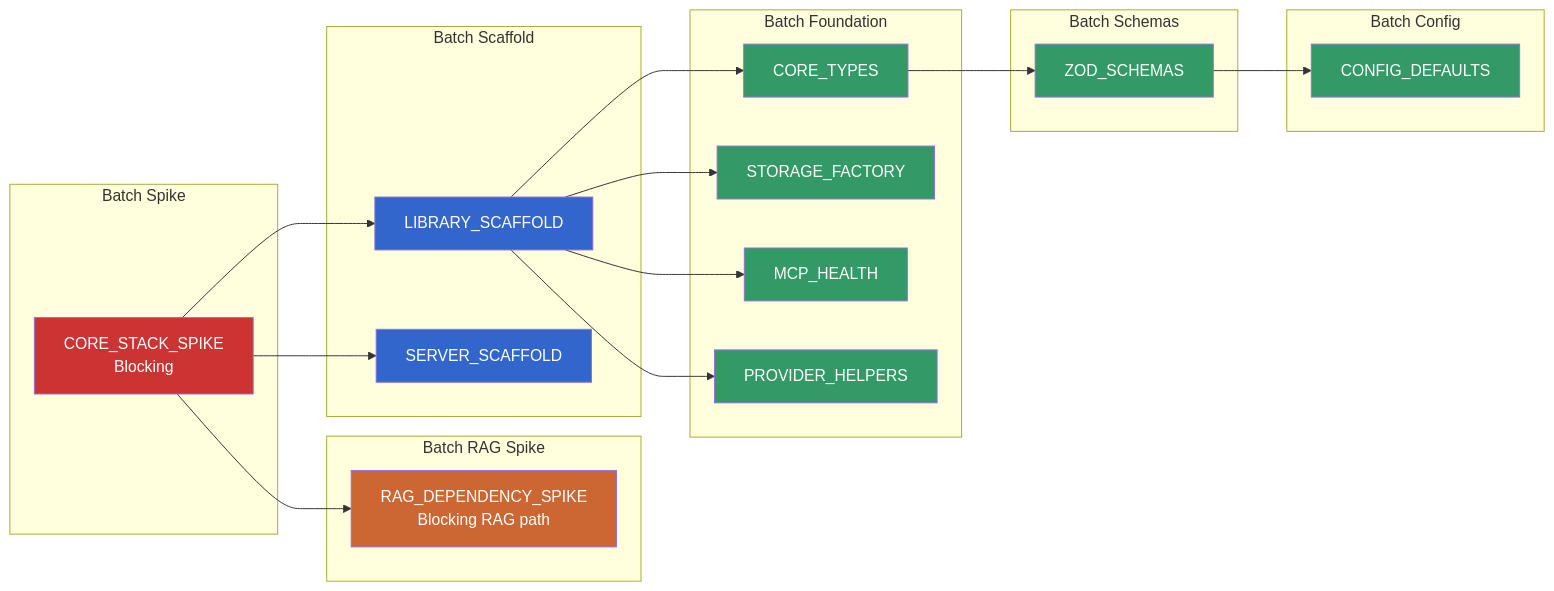
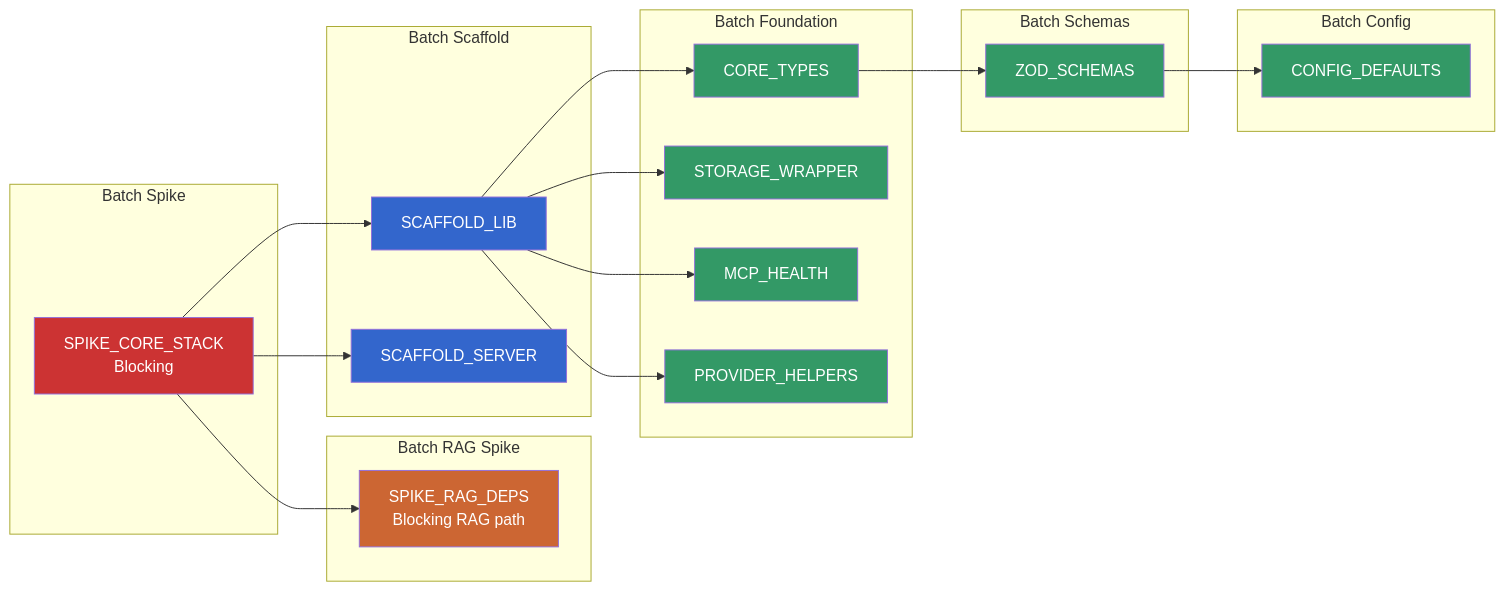
The second of 10 diagrams in plan/04-foundation.md (1qh/safeagent), drawn with Mermaid before and after one commit. The commit also changed other lines of this file and 1 other file, not shown here.

Commit message:
fix round 11 issues: align task IDs in 04-foundation Mermaid diagrams with 17-execution, replace literal SQL in 15-infrastructure Mermaid with design-level descriptions

````diff
--- a/plan/04-foundation.md
+++ b/plan/04-foundation.md
@@ -118,53 +118,53 @@
 ```mermaid
 flowchart LR
     subgraph BATCH_SPIKE["Batch Spike"]
-        SPIKE_CORE["CORE_STACK_SPIKE\nBlocking"]
+        SPIKE_CORE["SPIKE_CORE_STACK\nBlocking"]
     end
 
     subgraph BATCH_RAG["Batch RAG Spike"]
-        SPIKE_RAG["RAG_DEPENDENCY_SPIKE\nBlocking RAG path"]
+        SPIKE_RAG["SPIKE_RAG_DEPS\nBlocking RAG path"]
     end
 
     subgraph BATCH_SCAFFOLD["Batch Scaffold"]
-        SCAFFOLD_LIB["LIBRARY_SCAFFOLD"]
-        SCAFFOLD_SERVER["SERVER_SCAFFOLD"]
+        SCAFFOLD_LIB["SCAFFOLD_LIB"]
+        SCAFFOLD_SERVER["SCAFFOLD_SERVER"]
     end
 
     subgraph BATCH_FOUNDATION["Batch Foundation"]
         TASK_TYPES["CORE_TYPES"]
-        TASK_STORAGE["STORAGE_FACTORY"]
+        TASK_STORAGE["STORAGE_WRAPPER"]
         TASK_MCP["MCP_HEALTH"]
         TASK_PROVIDER["PROVIDER_HELPERS"]
     end
 
     subgraph BATCH_SCHEMAS["Batch Schemas"]
         TASK_SCHEMAS["ZOD_SCHEMAS"]
     end
 
     subgraph BATCH_CONFIG["Batch Config"]
         TASK_CONFIG["CONFIG_DEFAULTS"]
     end
 
     SPIKE_CORE --> SPIKE_RAG
     SPIKE_CORE --> SCAFFOLD_LIB
     SPIKE_CORE --> SCAFFOLD_SERVER
 
     SCAFFOLD_LIB --> TASK_TYPES
     SCAFFOLD_LIB --> TASK_STORAGE
     SCAFFOLD_LIB --> TASK_MCP
     SCAFFOLD_LIB --> TASK_PROVIDER
 
     TASK_TYPES --> TASK_SCHEMAS
     TASK_SCHEMAS --> TASK_CONFIG
 
     style SPIKE_CORE fill:#cc3333,color:#fff
     style SPIKE_RAG fill:#cc6633,color:#fff
     style SCAFFOLD_LIB fill:#3366cc,color:#fff
     style SCAFFOLD_SERVER fill:#3366cc,color:#fff
     style TASK_TYPES fill:#339966,color:#fff
     style TASK_SCHEMAS fill:#339966,color:#fff
     style TASK_CONFIG fill:#339966,color:#fff
     style TASK_STORAGE fill:#339966,color:#fff
     style TASK_MCP fill:#339966,color:#fff
     style TASK_PROVIDER fill:#339966,color:#fff
 ```
````
